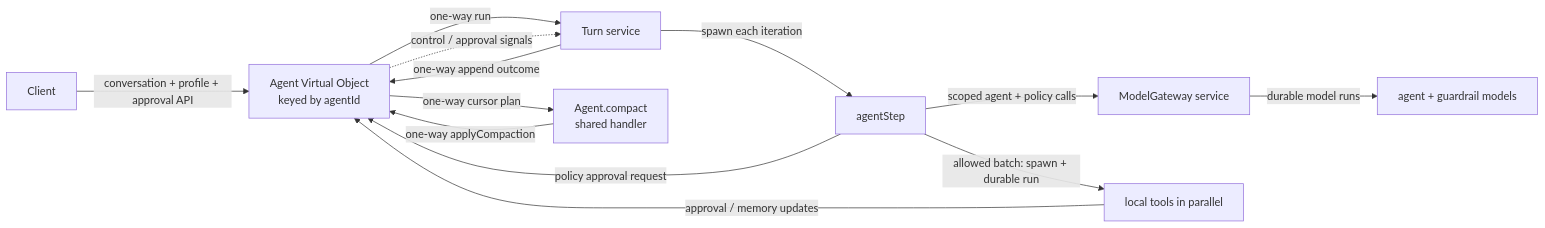
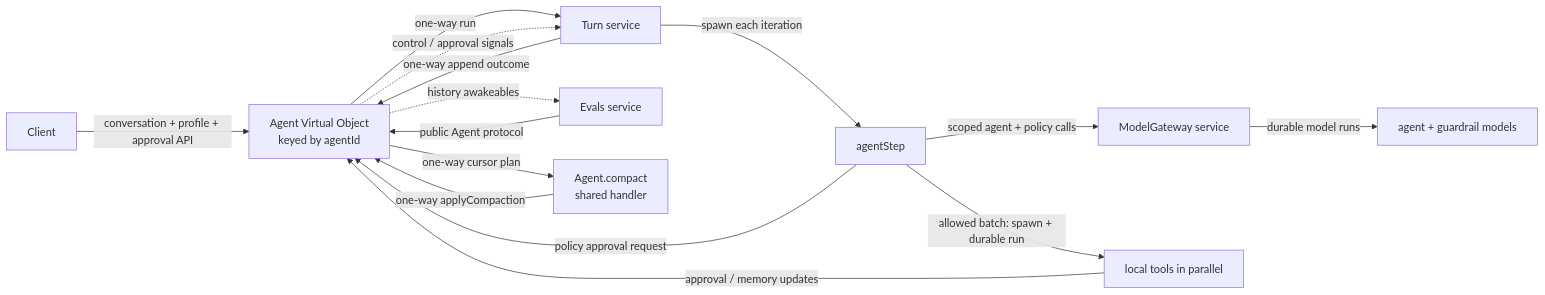
Before and after one commit to restatedev/agent: the diagram in README.md, drawn with Mermaid. The commit also changed other lines of this file and 5 other files, not shown here.

Commit message:
feat(example): add durable history-driven evals

````diff
--- a/README.md
+++ b/README.md
@@ -7,15 +72,17 @@
 ```mermaid
 flowchart LR
   Client -->|"conversation + profile + approval API"| Agent["Agent Virtual Object\nkeyed by agentId"]
   Agent -->|"one-way run"| Turn["Turn service"]
   Agent -.->|"control / approval signals"| Turn
   Turn -->|"spawn each iteration"| Step["agentStep"]
   Step -->|"scoped agent + policy calls"| Gateway["ModelGateway service"]
   Gateway -->|"durable model runs"| Model["agent + guardrail models"]
   Step -->|"allowed batch: spawn + durable run"| Tools["local tools in parallel"]
   Step -->|"policy approval request"| Agent
   Tools -->|"approval / memory updates"| Agent
   Turn -->|"one-way append outcome"| Agent
+  Eval["Evals service"] -->|"public Agent protocol"| Agent
+  Agent -.->|"history awakeables"| Eval
   Agent -->|"one-way cursor plan"| Compactor["Agent.compact\nshared handler"]
   Compactor -->|"one-way applyCompaction"| Agent
 ```
````
